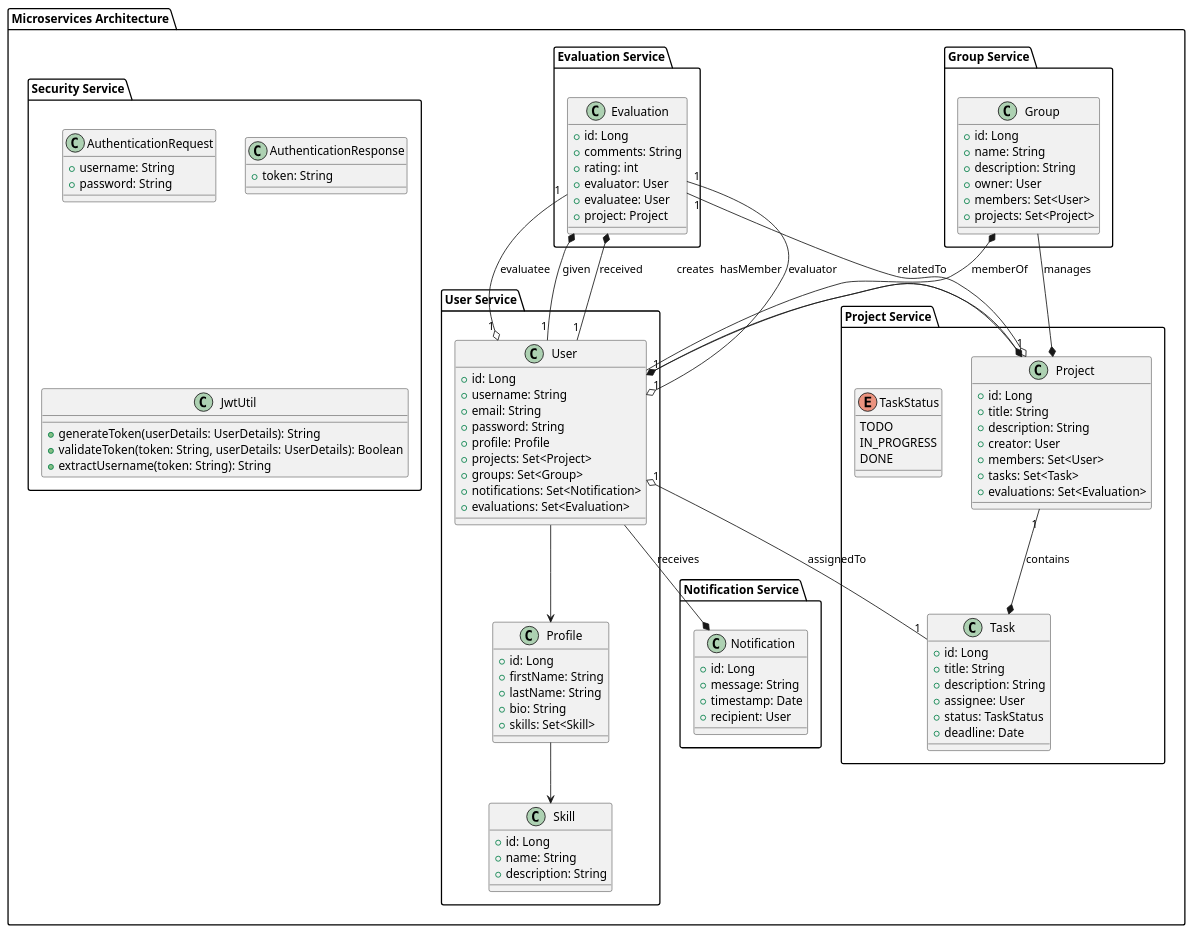
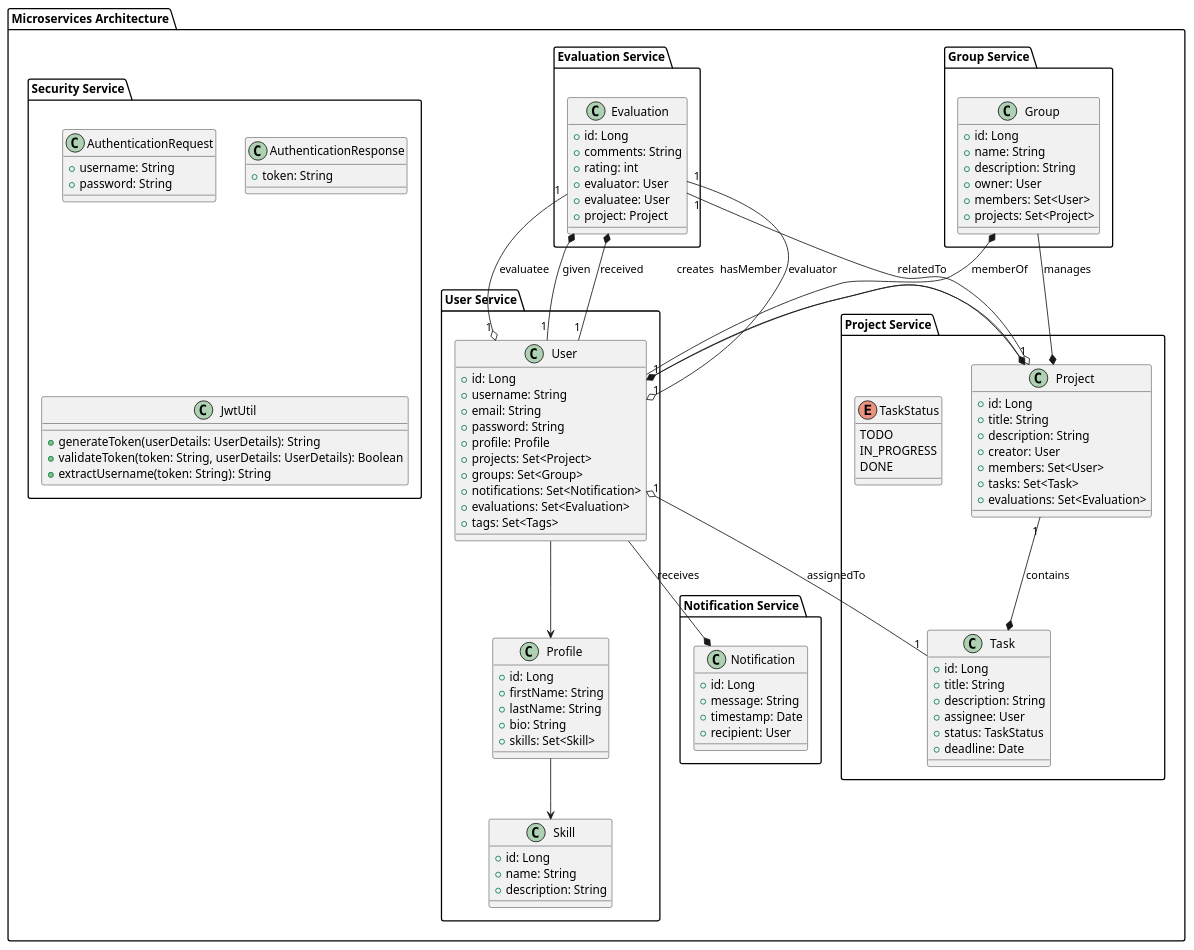
Before and after one commit to lemaicirabah/co-partage-backend: the diagram in uml/class.puml, drawn with PlantUML.

Commit message:
Added 'tags' attribute to the Profile class in the Microservices Architecture package.

```diff
--- a/uml/class.puml
+++ b/uml/class.puml
@@ -1,124 +1,125 @@
 @startuml
 
 package "Microservices Architecture" {
 
     package "User Service" {
         class User {
             + id: Long
             + username: String
             + email: String
             + password: String
             + profile: Profile
             + projects: Set<Project>
             + groups: Set<Group>
             + notifications: Set<Notification>
             + evaluations: Set<Evaluation>
+            + tags: Set<Tags>
         }
 
         class Profile {
             + id: Long
             + firstName: String
             + lastName: String
             + bio: String
             + skills: Set<Skill>
         }
 
         class Skill {
             + id: Long
             + name: String
             + description: String
         }
     }
 
     package "Project Service" {
         class Project {
             + id: Long
             + title: String
             + description: String
             + creator: User
             + members: Set<User>
             + tasks: Set<Task>
             + evaluations: Set<Evaluation>
         }
 
         class Task {
             + id: Long
             + title: String
             + description: String
             + assignee: User
             + status: TaskStatus
             + deadline: Date
         }
 
         enum TaskStatus {
             TODO
             IN_PROGRESS
             DONE
         }
     }
 
     package "Group Service" {
         class Group {
             + id: Long
             + name: String
             + description: String
             + owner: User
             + members: Set<User>
             + projects: Set<Project>
         }
     }
 
     package "Notification Service" {
         class Notification {
             + id: Long
             + message: String
             + timestamp: Date
             + recipient: User
         }
     }
 
     package "Evaluation Service" {
         class Evaluation {
             + id: Long
             + comments: String
             + rating: int
             + evaluator: User
             + evaluatee: User
             + project: Project
         }
     }
 
     package "Security Service" {
         class AuthenticationRequest {
             + username: String
             + password: String
         }
 
         class AuthenticationResponse {
             + token: String
         }
 
         class JwtUtil {
             + generateToken(userDetails: UserDetails): String
             + validateToken(token: String, userDetails: UserDetails): Boolean
             + extractUsername(token: String): String
         }
     }
 }
 
 User --> Profile
 Profile --> Skill
 User "1" --* Project : creates
 User --* Group : memberOf
 User --* Notification : receives
 User "1" --* Evaluation : given
 User "1" --* Evaluation : received
 Project --* User : hasMember
 Project "1" --* Task : contains
 Task "1" --o "1" User : assignedTo
 Group --* Project : manages
 Evaluation "1" --o "1" User : evaluator
 Evaluation "1" --o "1" User : evaluatee
 Evaluation "1" --o "1" Project : relatedTo
 
 @enduml
```
